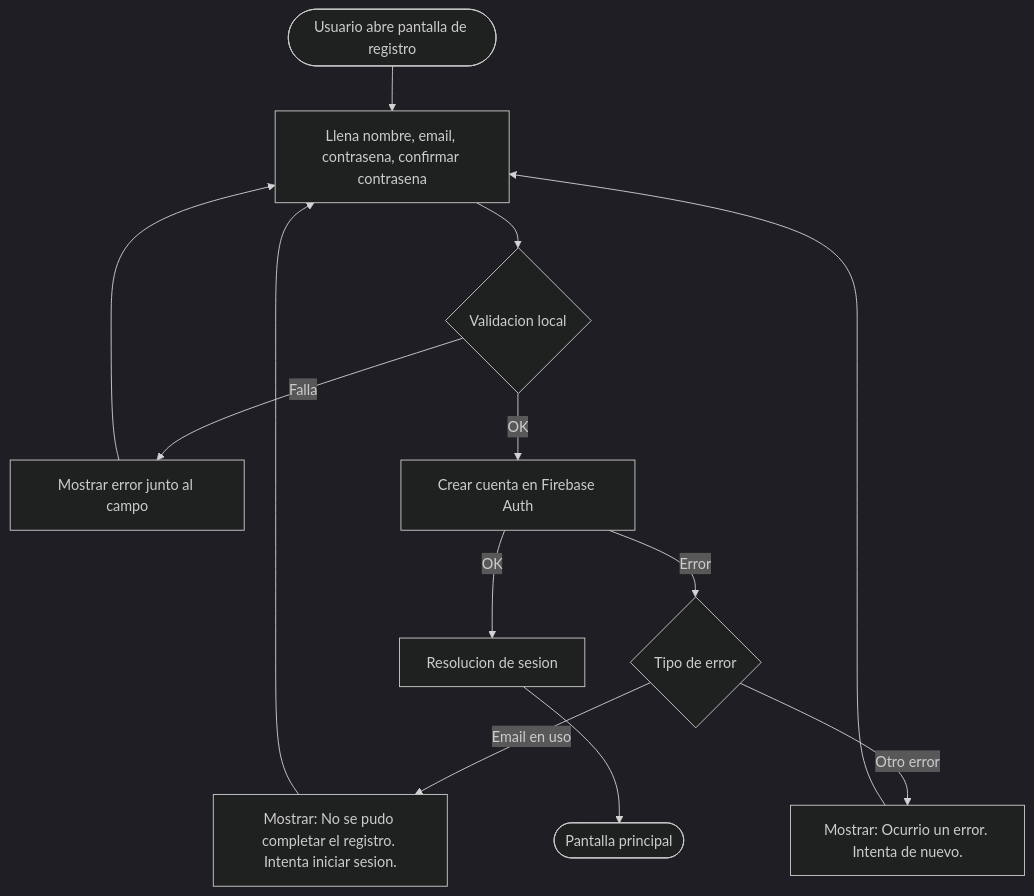
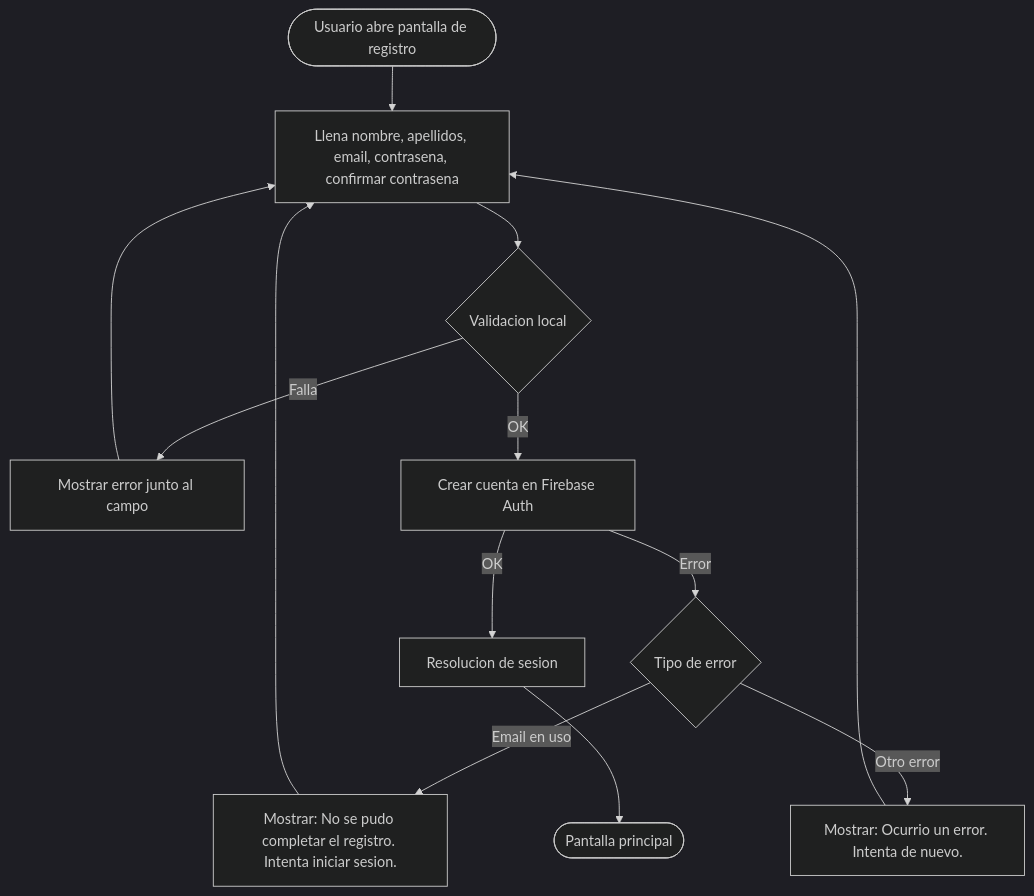
Before and after one commit to fsaldivar-dev/sajarubox-mcp: the first of 5 diagrams in knowledge/business-rules/01-authentication.md, drawn with Mermaid (dark theme). The commit also changed other lines of this file and 5 other files, not shown here.

First line of the commit message:
docs: unified user schema, roles update, cross-platform field mapping

````diff
--- a/knowledge/business-rules/01-authentication.md
+++ b/knowledge/business-rules/01-authentication.md
@@ -21,15 +21,15 @@
 ```mermaid
 flowchart TD
-    Start([Usuario abre pantalla de registro]) --> FillForm[Llena nombre, email, contrasena, confirmar contrasena]
+    Start([Usuario abre pantalla de registro]) --> FillForm[Llena nombre, apellidos, email, contrasena, confirmar contrasena]
     FillForm --> Validate{Validacion local}
     Validate -->|Falla| ShowFieldError[Mostrar error junto al campo]
     ShowFieldError --> FillForm
     Validate -->|OK| CreateAuth[Crear cuenta en Firebase Auth]
     CreateAuth -->|Error| AuthError{Tipo de error}
     AuthError -->|Email en uso| ShowGenericError["Mostrar: No se pudo completar el registro. Intenta iniciar sesion."]
     AuthError -->|Otro error| ShowNetworkError["Mostrar: Ocurrio un error. Intenta de nuevo."]
     ShowGenericError --> FillForm
     ShowNetworkError --> FillForm
     CreateAuth -->|OK| SessionResolve[Resolucion de sesion]
     SessionResolve --> Home([Pantalla principal])
 ```
````
